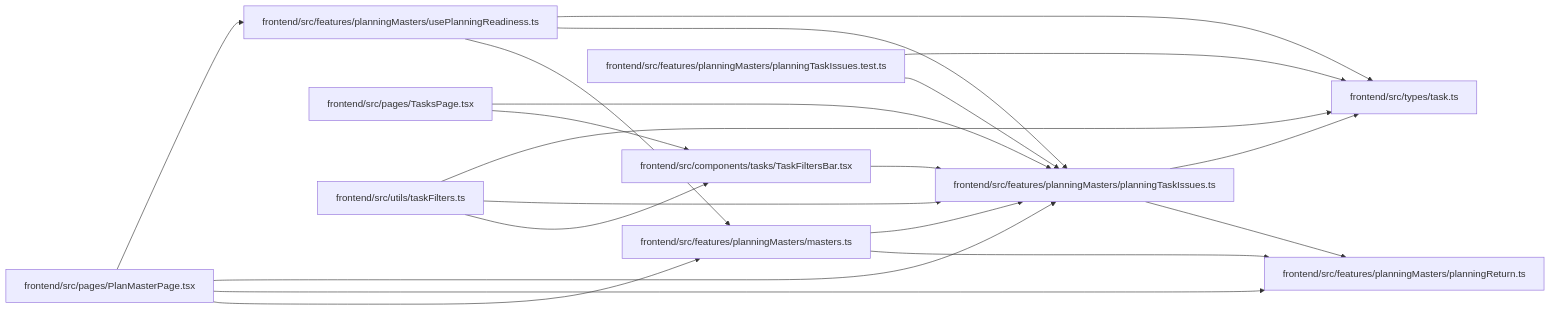
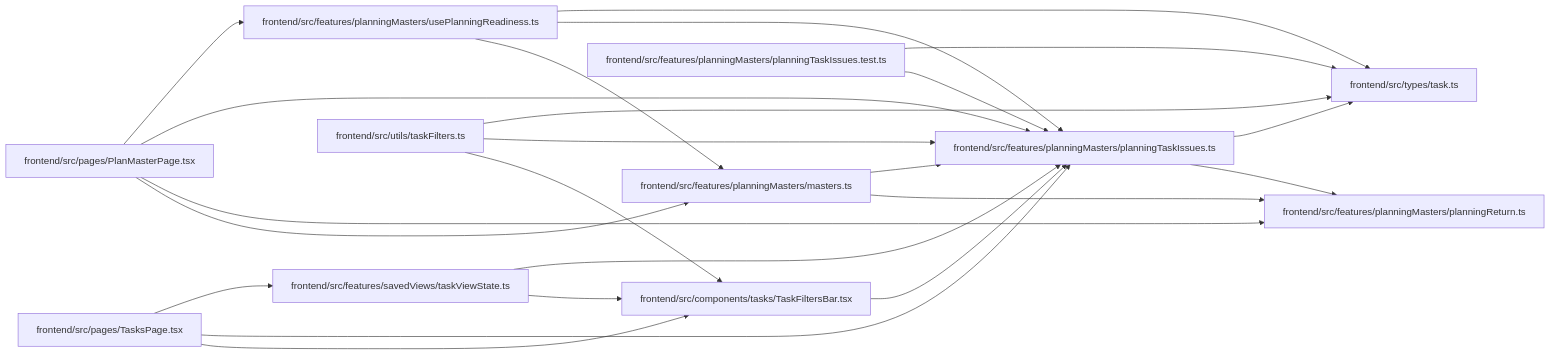
The diagram in docs/llm_wiki/modules/planningTaskIssues.md (Denissvgn/WorkChord), drawn with Mermaid before and after one commit. The commit also changed other lines of this file and 2509 other files, not shown here.

````diff
--- a/docs/llm_wiki/modules/planningTaskIssues.md
+++ b/docs/llm_wiki/modules/planningTaskIssues.md
@@ -26,42 +26,47 @@
 ```mermaid
 flowchart LR
     n0["frontend/src/components/tasks/TaskFiltersBar.tsx"]
     n1["frontend/src/features/planningMasters/masters.ts"]
     n2["frontend/src/features/planningMasters/planningReturn.ts"]
     n3["frontend/src/features/planningMasters/planningTaskIssues.test.ts"]
     n4["frontend/src/features/planningMasters/planningTaskIssues.ts"]
     n5["frontend/src/features/planningMasters/usePlanningReadiness.ts"]
-    n6["frontend/src/pages/PlanMasterPage.tsx"]
-    n7["frontend/src/pages/TasksPage.tsx"]
-    n8["frontend/src/types/task.ts"]
-    n9["frontend/src/utils/taskFilters.ts"]
+    n6["frontend/src/features/savedViews/taskViewState.ts"]
+    n7["frontend/src/pages/PlanMasterPage.tsx"]
+    n8["frontend/src/pages/TasksPage.tsx"]
+    n9["frontend/src/types/task.ts"]
+    n10["frontend/src/utils/taskFilters.ts"]
     n0 --> n4
     n1 --> n2
     n1 --> n4
     n3 --> n4
-    n3 --> n8
+    n3 --> n9
     n4 --> n2
-    n4 --> n8
+    n4 --> n9
     n5 --> n1
     n5 --> n4
-    n5 --> n8
-    n6 --> n1
-    n6 --> n2
+    n5 --> n9
+    n6 --> n0
     n6 --> n4
-    n6 --> n5
-    n7 --> n0
+    n7 --> n1
+    n7 --> n2
     n7 --> n4
-    n9 --> n0
-    n9 --> n4
-    n9 --> n8
+    n7 --> n5
+    n8 --> n0
+    n8 --> n4
+    n8 --> n6
+    n10 --> n0
+    n10 --> n4
+    n10 --> n9
     click n0 "../modules/TaskFiltersBar.md"
     click n1 "../modules/planningMasters_masters.md"
     click n2 "../modules/planningReturn.md"
     click n3 "../modules/planningTaskIssues.test.md"
     click n4 "../modules/planningTaskIssues.md"
     click n5 "../modules/usePlanningReadiness.md"
-    click n6 "../modules/PlanMasterPage.md"
-    click n7 "../modules/TasksPage.md"
-    click n8 "../modules/types_task.md"
-    click n9 "../modules/taskFilters.md"
+    click n6 "../modules/taskViewState.md"
+    click n7 "../modules/PlanMasterPage.md"
+    click n8 "../modules/TasksPage.md"
+    click n9 "../modules/types_task.md"
+    click n10 "../modules/taskFilters.md"
 ```
````
